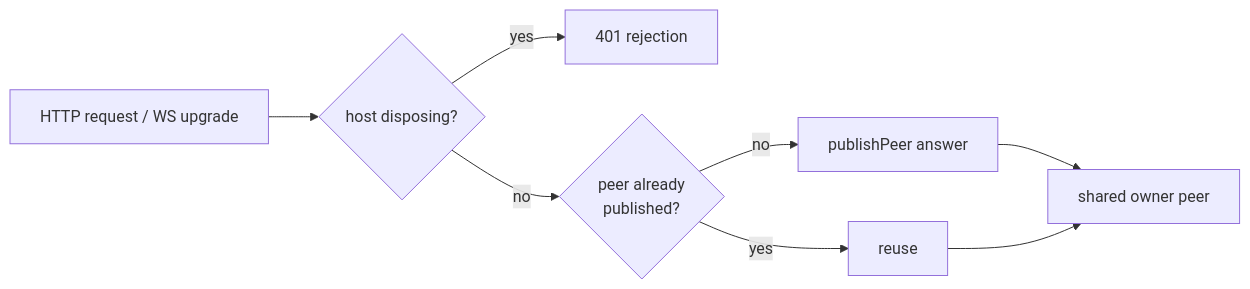
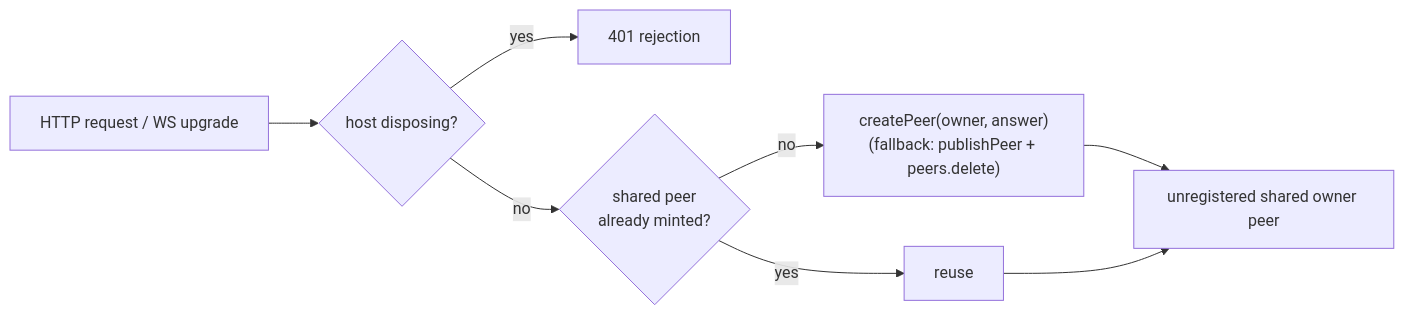
The diagram in README.md (Casper-Mars/dsh-local-admission), drawn with Mermaid before and after one commit. The commit also changed other lines of this file and 2 other files, not shown here.

Commit message:
fix: admit reconnects and extra tabs by sharing one unregistered owner peer
publishPeer() registers the peer, and admitConnection grants a registered
peer exclusive socket ownership: every second /api/remote.mux upgrade was
answered 409, so the web client looped on reconnect and never loaded the
session list. Mint the shared owner peer through createPeer (fallback:
publishPeer + peers.delete) so admitConnection takes its no-op release
branch, exactly like the stock browserPeer.

Also cover the concurrency regression, the createPeer fallback and the
peers.delete failure path in tests, and document the new lifetime model.

````diff
--- a/README.md
+++ b/README.md
@@ -50,10 +50,10 @@
 ```mermaid
 flowchart LR
   C[HTTP request / WS upgrade] --> D{host disposing?}
   D -- yes --> R401[401 rejection]
-  D -- no --> K{peer already<br/>published?}
-  K -- no --> N[publishPeer answer]
+  D -- no --> K{shared peer<br/>already minted?}
   K -- yes --> U[reuse]
-  N --> OK[shared owner peer]
+  K -- no --> N["createPeer(owner, answer)<br/>(fallback: publishPeer + peers.delete)"]
+  N --> OK[unregistered shared owner peer]
   U --> OK
 ```
````
